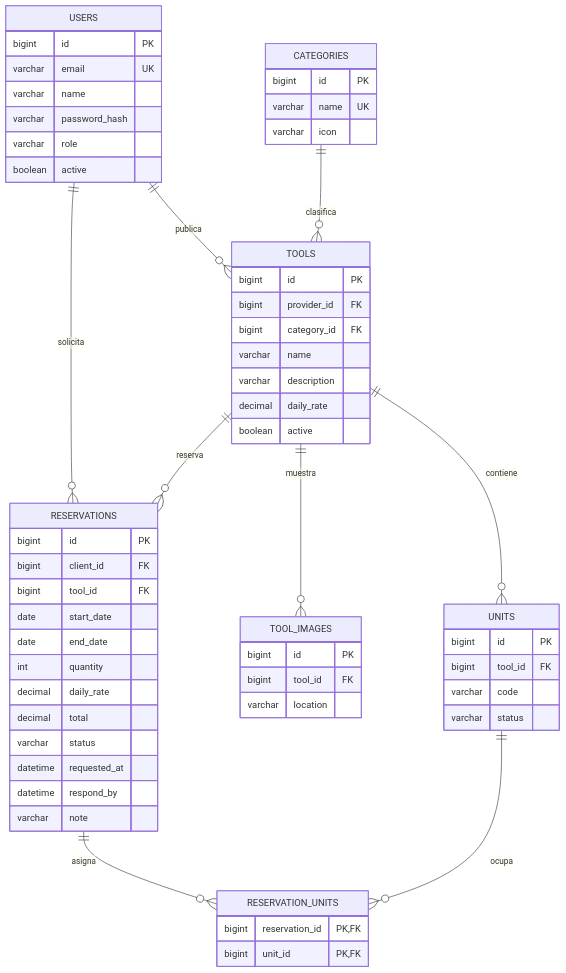
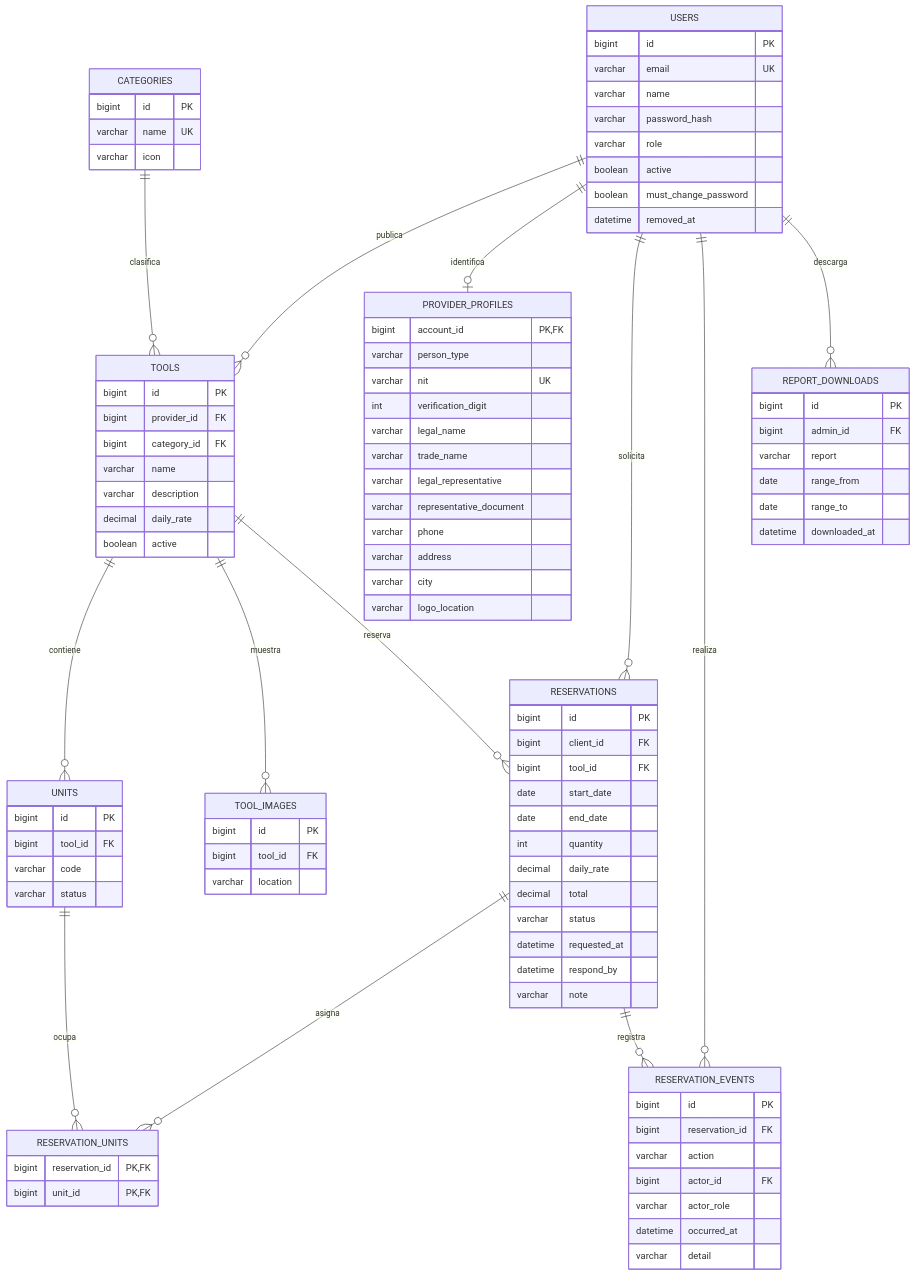
One commit to SantiagovillamizarM/RentTool- changed the diagram in docs/MODELO_DATOS.md. Above: the diagram before and after it, drawn with Mermaid. The commit also changed other lines of this file and 100 other files, not shown here.

````diff
--- a/docs/MODELO_DATOS.md
+++ b/docs/MODELO_DATOS.md
@@ -5,48 +5,79 @@
 ```mermaid
 erDiagram
  USERS ||--o{ TOOLS : publica
+ USERS ||--o| PROVIDER_PROFILES : identifica
  CATEGORIES ||--o{ TOOLS : clasifica
  TOOLS ||--o{ UNITS : contiene
  TOOLS ||--o{ TOOL_IMAGES : muestra
  USERS ||--o{ RESERVATIONS : solicita
  TOOLS ||--o{ RESERVATIONS : reserva
  RESERVATIONS ||--o{ RESERVATION_UNITS : asigna
+ RESERVATIONS ||--o{ RESERVATION_EVENTS : registra
+ USERS ||--o{ RESERVATION_EVENTS : realiza
+ USERS ||--o{ REPORT_DOWNLOADS : descarga
  UNITS ||--o{ RESERVATION_UNITS : ocupa
  USERS { bigint id PK
  varchar email UK
  varchar name
  varchar password_hash
  varchar role
- boolean active }
+ boolean active
+ boolean must_change_password
+ datetime removed_at }
+ PROVIDER_PROFILES { bigint account_id PK,FK
+ varchar person_type
+ varchar nit UK
+ int verification_digit
+ varchar legal_name
+ varchar trade_name
+ varchar legal_representative
+ varchar representative_document
+ varchar phone
+ varchar address
+ varchar city
+ varchar logo_location }
  CATEGORIES { bigint id PK
  varchar name UK
  varchar icon }
  TOOLS { bigint id PK
  bigint provider_id FK
  bigint category_id FK
  varchar name
  varchar description
  decimal daily_rate
  boolean active }
  UNITS { bigint id PK
  bigint tool_id FK
  varchar code
  varchar status }
  TOOL_IMAGES { bigint id PK
  bigint tool_id FK
  varchar location }
  RESERVATIONS { bigint id PK
  bigint client_id FK
  bigint tool_id FK
  date start_date
  date end_date
  int quantity
  decimal daily_rate
  decimal total
  varchar status
  datetime requested_at
  datetime respond_by
  varchar note }
  RESERVATION_UNITS { bigint reservation_id PK,FK
  bigint unit_id PK,FK }
+ RESERVATION_EVENTS { bigint id PK
+ bigint reservation_id FK
+ varchar action
+ bigint actor_id FK
+ varchar actor_role
+ datetime occurred_at
+ varchar detail }
+ REPORT_DOWNLOADS { bigint id PK
+ bigint admin_id FK
+ varchar report
+ date range_from
+ date range_to
+ datetime downloaded_at }
 ```
````
